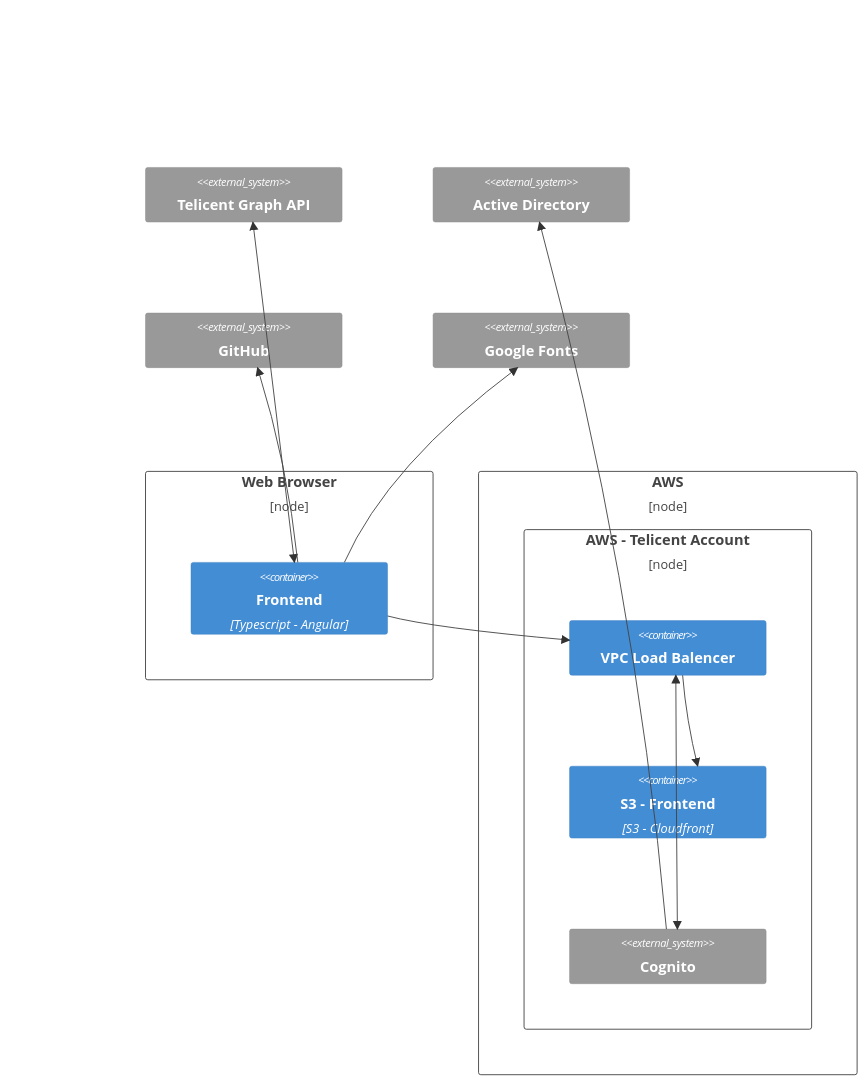
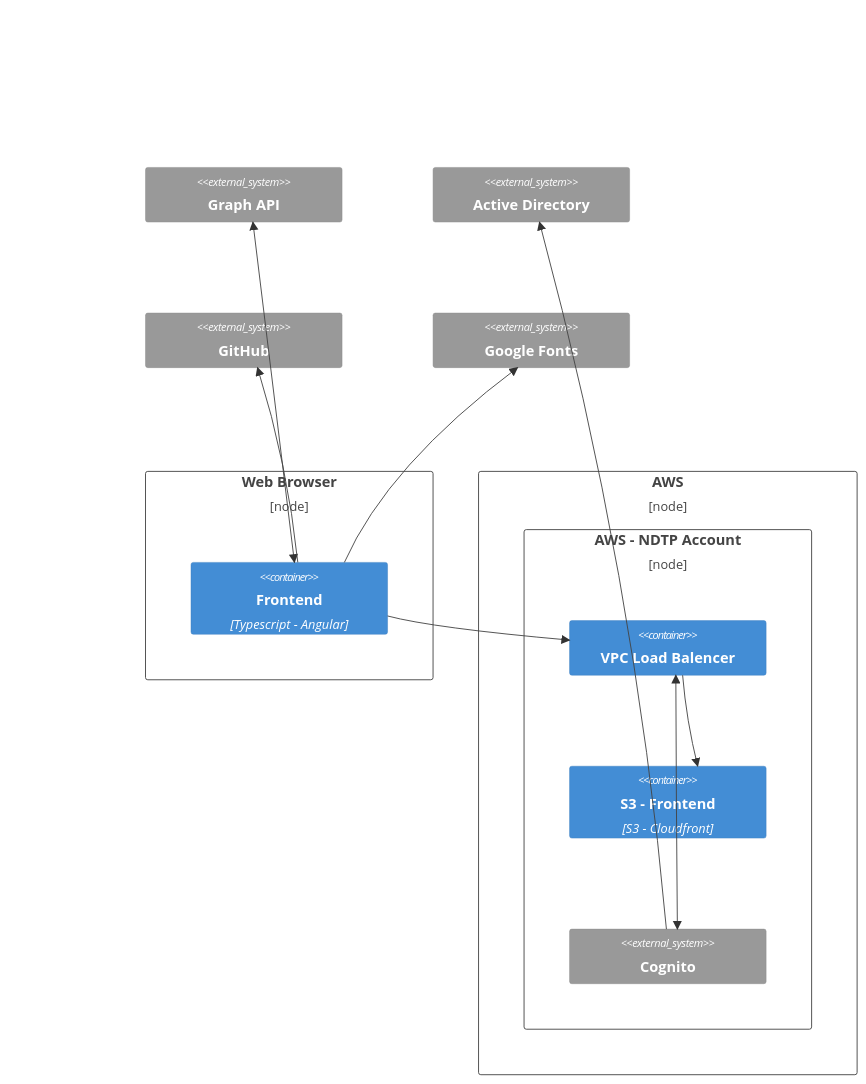
Before and after one commit to National-Digital-Twin/IRIS-visualisation: the third of 3 diagrams in SCI.md, drawn with Mermaid. The commit also changed other lines of this file and 3 other files, not shown here.

````diff
--- a/SCI.md
+++ b/SCI.md
@@ -97,27 +97,27 @@
 ```mermaid
 C4Deployment
   Deployment_Node(browser, "Web Browser"){
     Container(browser-frontend, "Frontend", "Typescript - Angular")
   }
 
   Deployment_Node(aws, "AWS") {
-    Deployment_Node(aws-telicent, "AWS - Telicent Account") {
+    Deployment_Node(aws-ndtp, "AWS - NDTP Account") {
       Container(vpc, "VPC Load Balencer")
       Container(s3-frontend, "S3 - Frontend", "S3 - Cloudfront")
       System_Ext(cognito, "Cognito")
     }
   }
 
-  System_Ext(graph-api, "Telicent Graph API")
+  System_Ext(graph-api, "Graph API")
   System_Ext(active-directory, "Active Directory")
   System_Ext(github, "GitHub")
   System_Ext(google_fonts, "Google Fonts")
 
   BiRel(browser-frontend, graph-api,"")
   Rel(browser-frontend, github, "")
   Rel(browser-frontend, google_fonts, "")
   Rel(browser-frontend, vpc, "")
   BiRel(vpc, cognito, "")
   Rel(vpc, s3-frontend, "")
   Rel(cognito, active-directory, "")
 ```
````
